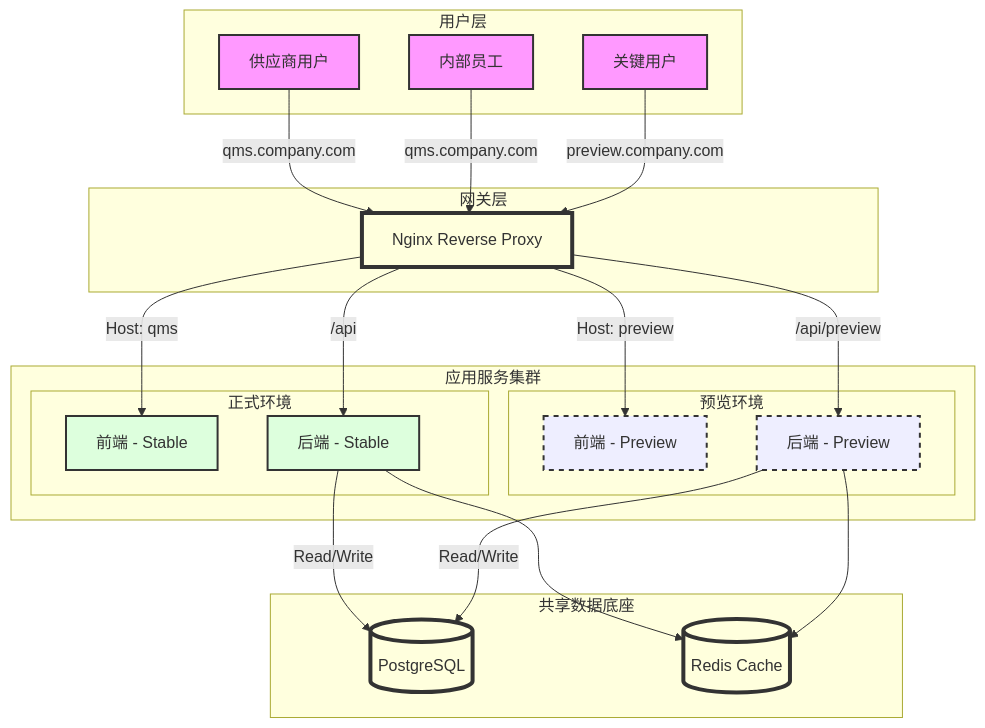
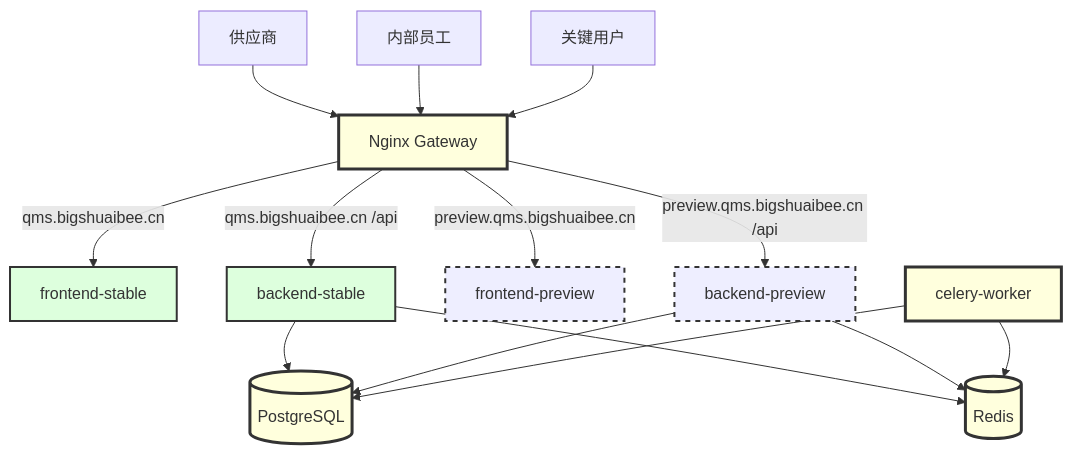
The first of 2 diagrams in .kiro/specs/qms-foundation-and-auth/design.md (JasonShu0722/QMS), drawn with Mermaid before and after one commit. The commit also changed other lines of this file and 7 other files, not shown here.

````diff
--- a/.kiro/specs/qms-foundation-and-auth/design.md
+++ b/.kiro/specs/qms-foundation-and-auth/design.md
@@ -57,55 +69,22 @@
 ```mermaid
 graph TD
-    %% Define Styles
-    classDef external fill:#f9f,stroke:#333,stroke-width:2px;
     classDef preview fill:#eef,stroke:#333,stroke-width:2px,stroke-dasharray: 5 5;
     classDef stable fill:#dfd,stroke:#333,stroke-width:2px;
-    classDef shared fill:#ffd,stroke:#333,stroke-width:4px;
+    classDef shared fill:#ffd,stroke:#333,stroke-width:3px;
 
-    %% Users
-    subgraph Users [用户层]
-        Supplier[供应商用户]:::external
-        Staff[内部员工]:::external
-        KeyUser[关键用户]:::external
-    end
+    Supplier[供应商] --> Nginx
+    Staff[内部员工] --> Nginx
+    KeyUser[关键用户] --> Nginx
 
-    %% Gateway
-    subgraph Gateway [网关层]
-        Nginx[Nginx Reverse Proxy]:::shared
-    end
+    Nginx[Nginx Gateway]:::shared -->|qms.bigshuaibee.cn| FrontStable[frontend-stable]:::stable
+    Nginx -->|qms.bigshuaibee.cn /api| ApiStable[backend-stable]:::stable
+    Nginx -->|preview.qms.bigshuaibee.cn| FrontPreview[frontend-preview]:::preview
+    Nginx -->|preview.qms.bigshuaibee.cn /api| ApiPreview[backend-preview]:::preview
 
-    %% Application Cluster
-    subgraph App_Cluster [应用服务集群]
-        subgraph Stable_Env [正式环境]
-            Vue_Prod[前端 - Stable]:::stable
-            API_Prod[后端 - Stable]:::stable
-        end
-        
-        subgraph Preview_Env [预览环境]
-            Vue_Beta[前端 - Preview]:::preview
-            API_Beta[后端 - Preview]:::preview
-        end
-    end
-
-    %% Shared Data Kernel
-    subgraph Data_Kernel [共享数据底座]
-        Postgres[(PostgreSQL)]:::shared
-        Redis[(Redis Cache)]:::shared
-    end
-
-    %% Connections
-    Supplier -->|qms.company.com| Nginx
-    Staff -->|qms.company.com| Nginx
-    KeyUser -->|preview.company.com| Nginx
-
-    Nginx -->|Host: qms| Vue_Prod
-    Nginx -->|Host: preview| Vue_Beta
-    Nginx -->|/api| API_Prod
-    Nginx -->|/api/preview| API_Beta
-
-    API_Prod -->|Read/Write| Postgres
-    API_Beta -->|Read/Write| Postgres
-    
-    API_Prod --> Redis
-    API_Beta --> Redis
+    ApiStable --> Postgres[(PostgreSQL)]:::shared
+    ApiPreview --> Postgres
+    ApiStable --> Redis[(Redis)]:::shared
+    ApiPreview --> Redis
+    Worker[celery-worker]:::shared --> Redis
+    Worker --> Postgres
 ```
````
